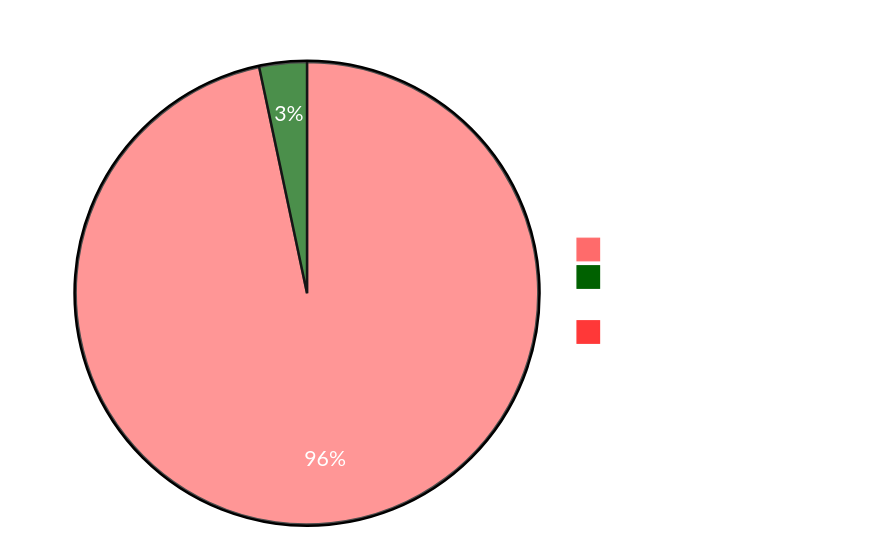
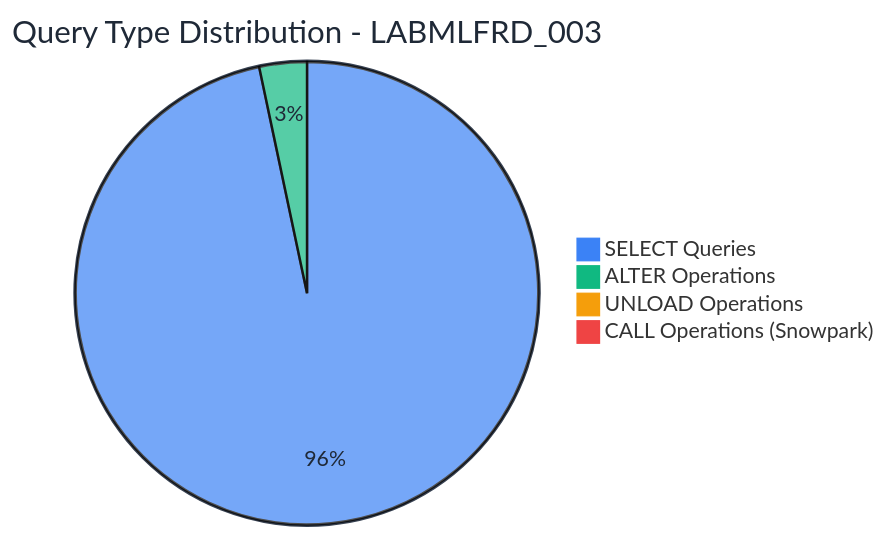
One commit to sfc-gh-mhindi/REPO_CBA changed the fifth of 9 diagrams in WH Analysis/FRAUMD_Warehouse_Analysis_Guide.md. Above: the diagram before and after it, drawn with Mermaid. The commit also changed other lines of this file, not shown here.

First line of the commit message:
Improved chart colors for better white background readability

````diff
--- a/WH Analysis/FRAUMD_Warehouse_Analysis_Guide.md
+++ b/WH Analysis/FRAUMD_Warehouse_Analysis_Guide.md
@@ -229,8 +229,8 @@
 ```mermaid
-%%{init: {'theme':'base', 'themeVariables': { 'primaryColor': '#ff6b6b', 'primaryTextColor': '#fff', 'primaryBorderColor': '#7C0000', 'lineColor': '#F8B229', 'secondaryColor': '#006100', 'tertiaryColor': '#fff'}}}%%
+%%{init: {'theme':'base', 'themeVariables': { 'pie1': '#3b82f6', 'pie2': '#10b981', 'pie3': '#f59e0b', 'pie4': '#ef4444', 'pieTitleTextColor': '#1f2937', 'pieSectionTextColor': '#1f2937', 'pieOuterStrokeColor': '#374151', 'background': '#ffffff'}}}%%
 pie title Query Type Distribution - LABMLFRD_003
     "SELECT Queries" : 100065
     "ALTER Operations" : 3436
     "UNLOAD Operations" : 148
     "CALL Operations (Snowpark)" : 139
 ```
````
